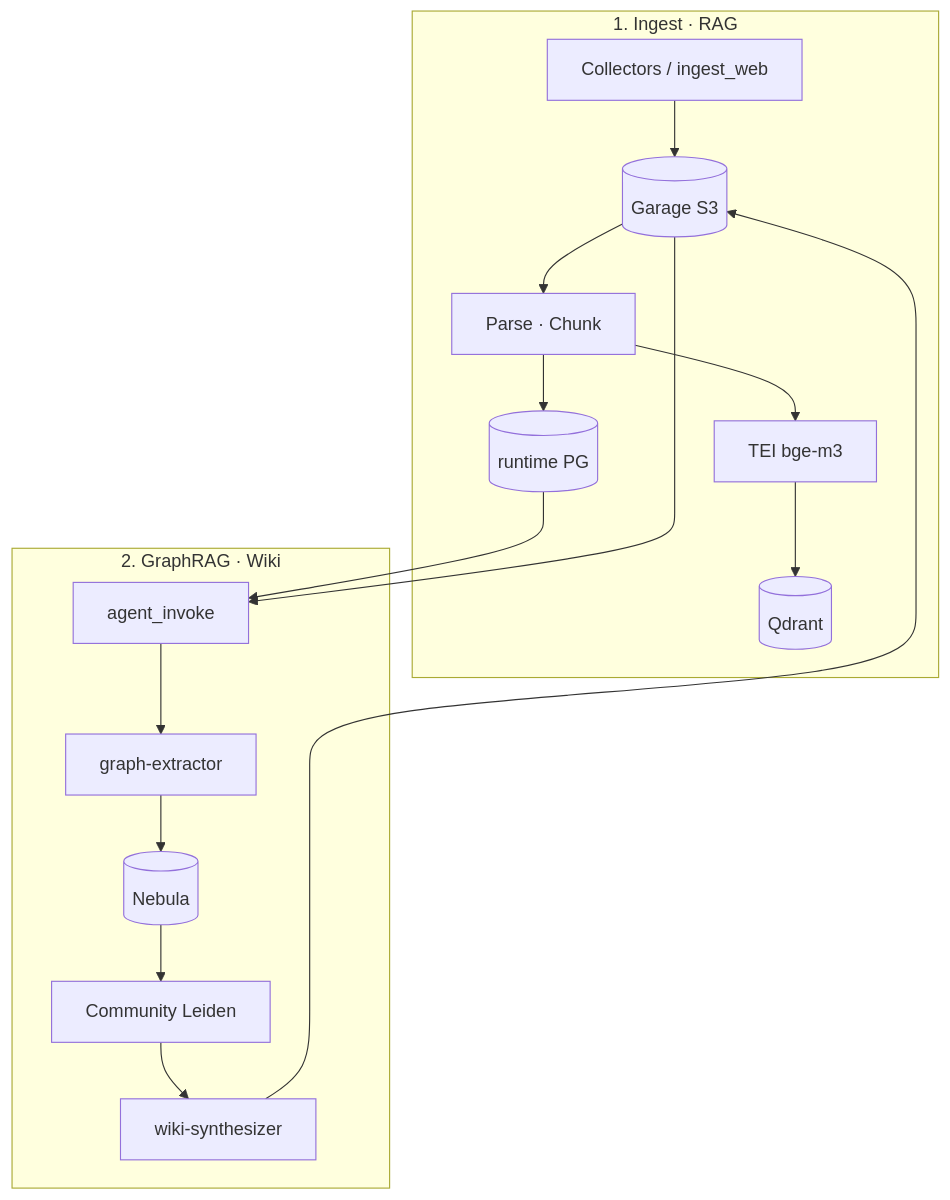
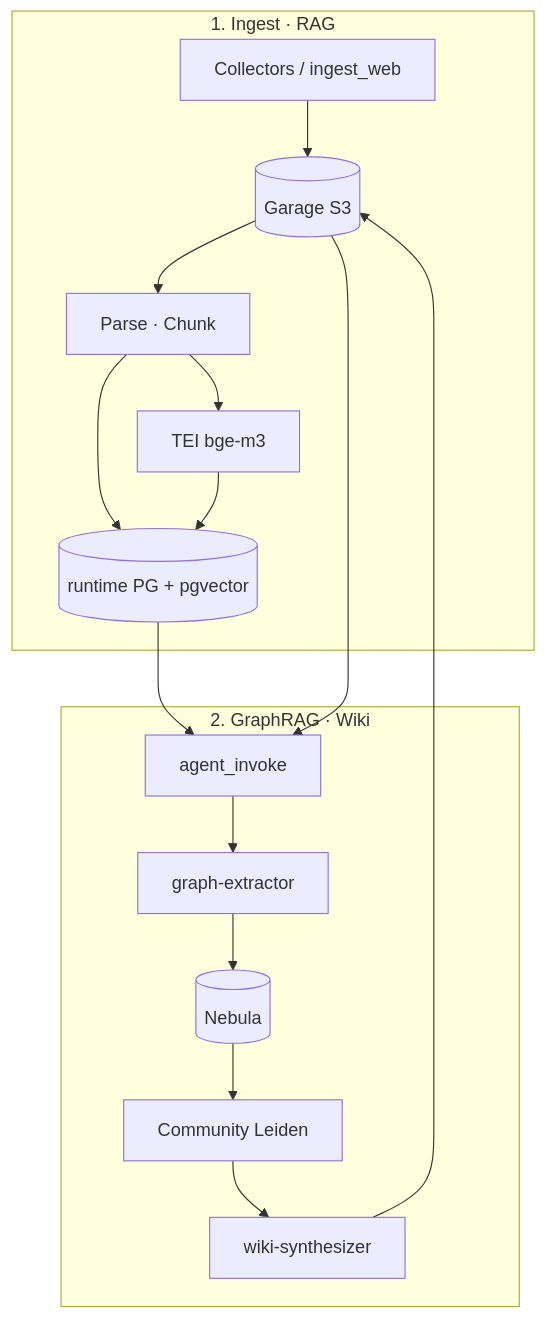
One commit to yoosungung/path-graph changed the diagram in README.md. Above: the diagram before and after it, drawn with Mermaid. The commit also changed other lines of this file and 55 other files, not shown here.

````diff
--- a/README.md
+++ b/README.md
@@ -30,19 +29,19 @@
 ```mermaid
 graph TD
     subgraph ingest["1. Ingest · RAG"]
         C[Collectors / ingest_web] --> S3[(Garage S3)]
         S3 --> P[Parse · Chunk]
-        P --> PG[(runtime PG)]
+        P --> PG[(runtime PG + pgvector)]
         P --> E[TEI bge-m3]
-        E --> Q[(Qdrant)]
+        E --> PG
     end
     subgraph graphrag["2. GraphRAG · Wiki"]
         PG --> AI[agent_invoke]
         S3 --> AI
         AI --> GE[graph-extractor]
         GE --> N[(Nebula)]
         N --> CD[Community Leiden]
         CD --> WS[wiki-synthesizer]
         WS --> S3
     end
 ```
````
